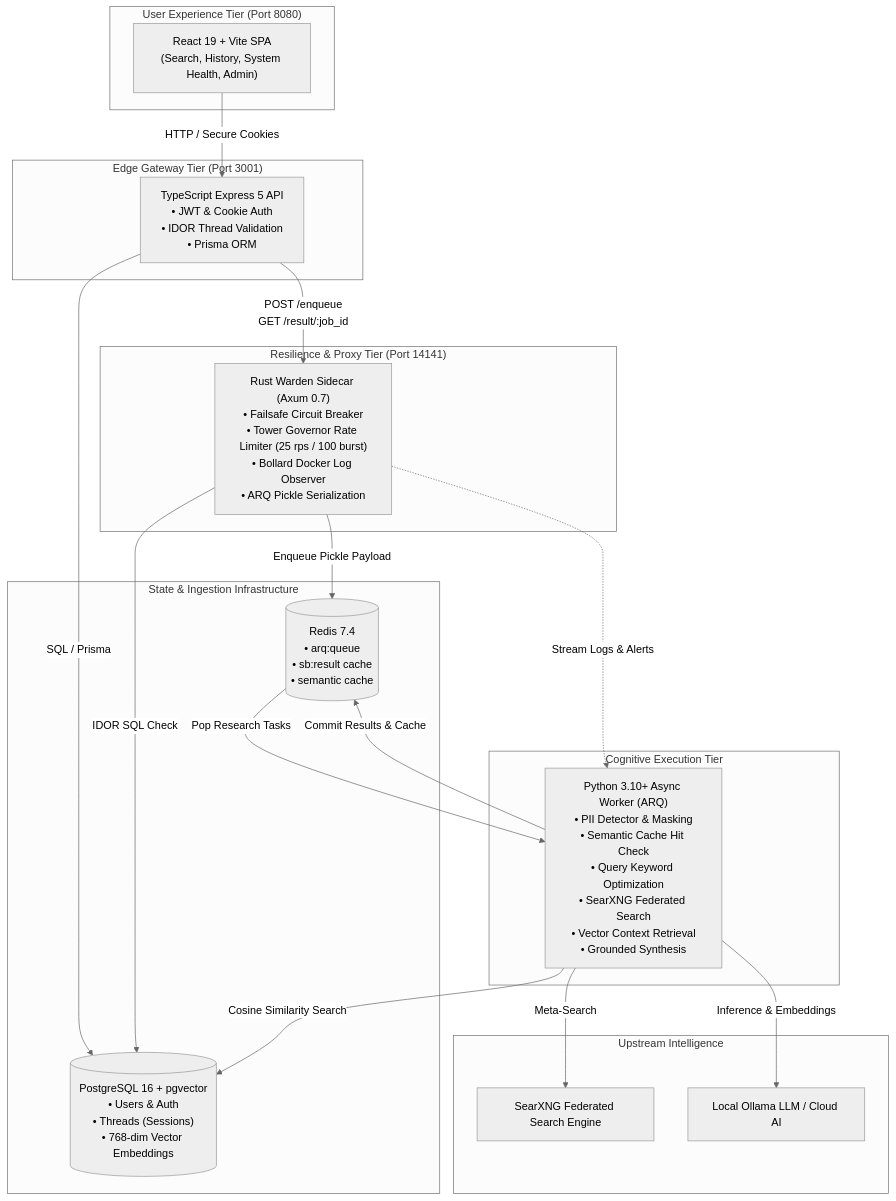
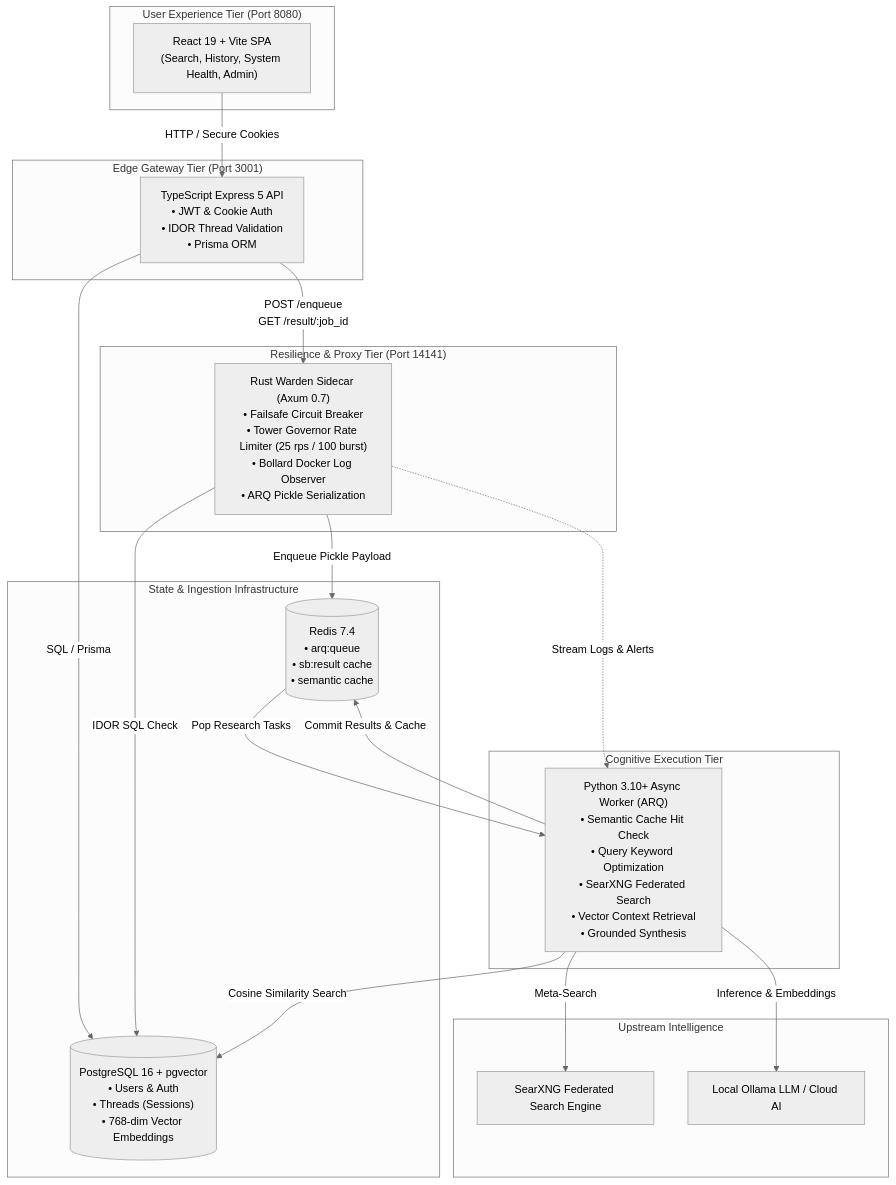
One commit to Somnerd/SearchBoost changed the diagram in README.md. Above: the diagram before and after it, drawn with Mermaid (neutral theme). The commit also changed other lines of this file and 4 other files, not shown here.

````diff
--- a/README.md
+++ b/README.md
@@ -16,40 +16,40 @@
 ```mermaid
 flowchart TD
     subgraph UI ["User Experience Tier (Port 8080)"]
         React["React 19 + Vite SPA<br/>(Search, History, System Health, Admin)"]
     end
 
     subgraph API ["Edge Gateway Tier (Port 3001)"]
         Node["TypeScript Express 5 API<br/>• JWT & Cookie Auth<br/>• IDOR Thread Validation<br/>• Prisma ORM"]
     end
 
     subgraph Sidecar ["Resilience & Proxy Tier (Port 14141)"]
         Warden["Rust Warden Sidecar (Axum 0.7)<br/>• Failsafe Circuit Breaker<br/>• Tower Governor Rate Limiter (25 rps / 100 burst)<br/>• Bollard Docker Log Observer<br/>• ARQ Pickle Serialization"]
     end
 
     subgraph Storage ["State & Ingestion Infrastructure"]
         Redis[("Redis 7.4<br/>• arq:queue<br/>• sb:result cache<br/>• semantic cache")]
         Postgres[("PostgreSQL 16 + pgvector<br/>• Users & Auth<br/>• Threads (Sessions)<br/>• 768-dim Vector Embeddings")]
     end
 
     subgraph Worker ["Cognitive Execution Tier"]
-        PyWorker["Python 3.10+ Async Worker (ARQ)<br/>• PII Detector & Masking<br/>• Semantic Cache Hit Check<br/>• Query Keyword Optimization<br/>• SearXNG Federated Search<br/>• Vector Context Retrieval<br/>• Grounded Synthesis"]
+        PyWorker["Python 3.10+ Async Worker (ARQ)<br/>• Semantic Cache Hit Check<br/>• Query Keyword Optimization<br/>• SearXNG Federated Search<br/>• Vector Context Retrieval<br/>• Grounded Synthesis"]
     end
 
     subgraph External ["Upstream Intelligence"]
         SearXNG["SearXNG Federated Search Engine"]
         Ollama["Local Ollama LLM / Cloud AI"]
     end
 
     React -->|HTTP / Secure Cookies| Node
     Node -->|SQL / Prisma| Postgres
     Node -->|POST /enqueue<br/>GET /result/:job_id| Warden
     Warden -->|IDOR SQL Check| Postgres
     Warden -->|Enqueue Pickle Payload| Redis
     Redis -->|Pop Research Tasks| PyWorker
     PyWorker -->|Meta-Search| SearXNG
     PyWorker -->|Inference & Embeddings| Ollama
     PyWorker -->|Cosine Similarity Search| Postgres
     PyWorker -->|Commit Results & Cache| Redis
     Warden -.->|Stream Logs & Alerts| PyWorker
 ```
````
